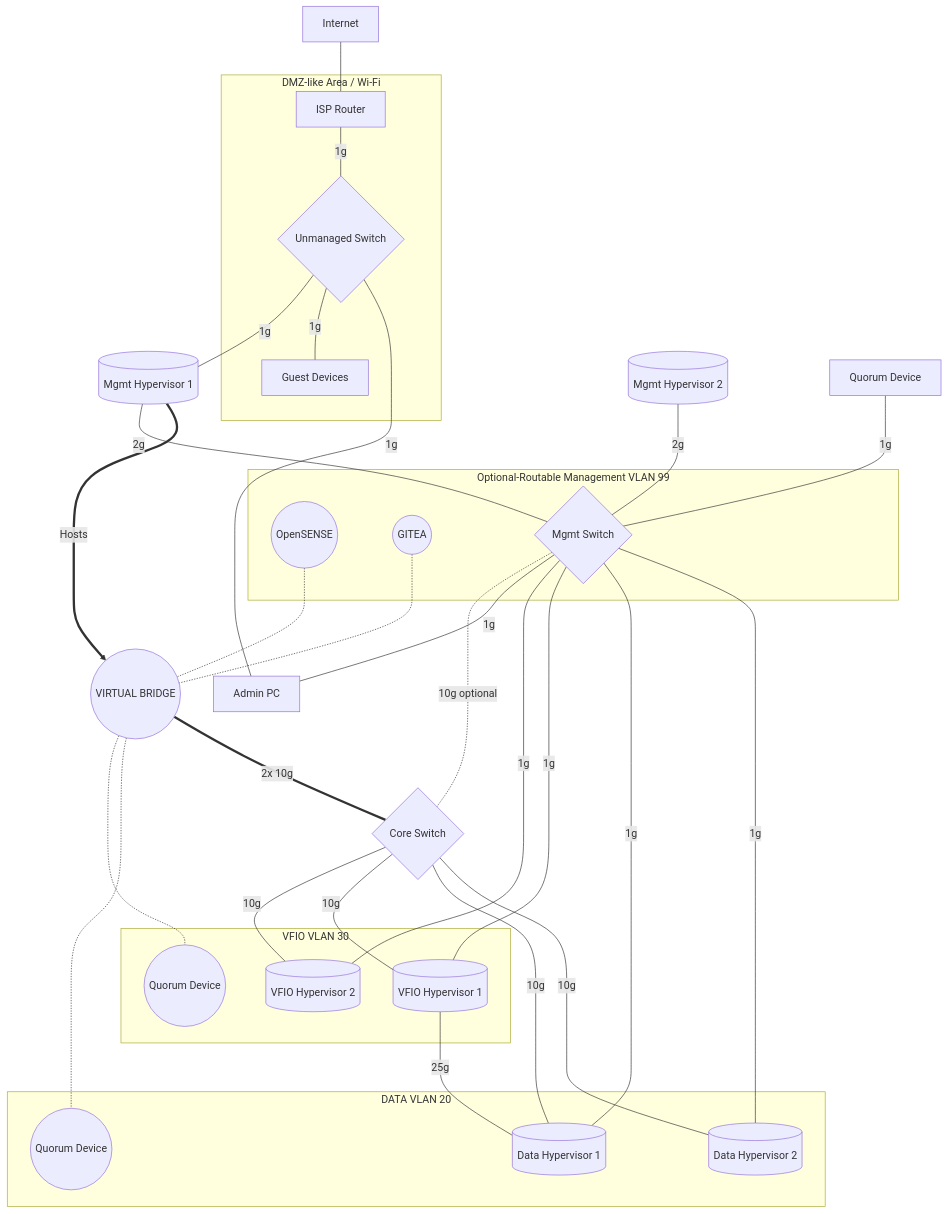
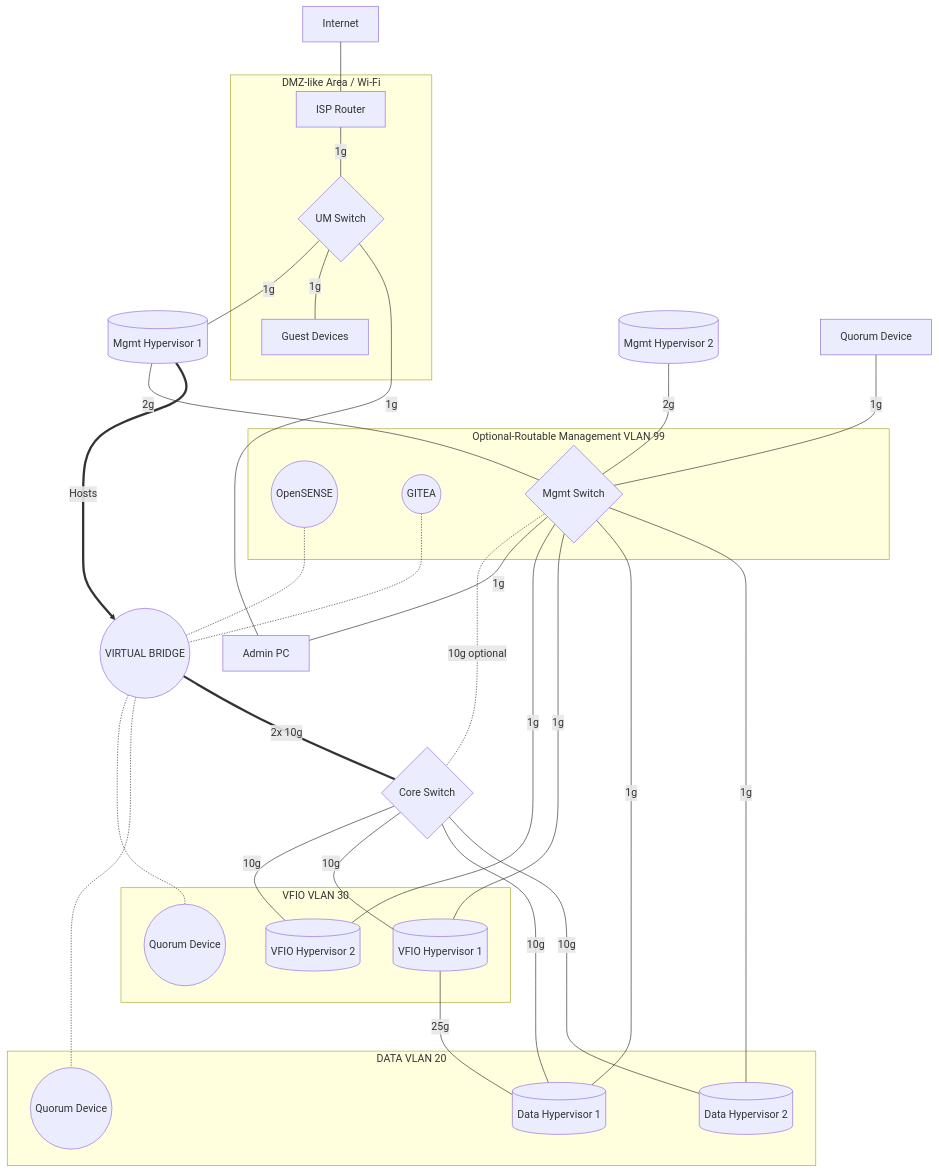
Before and after one commit to woeiru/lab: the diagram in arc/net1.md, drawn with Mermaid.

Commit message:
standard

````diff
--- a/arc/net1.md
+++ b/arc/net1.md
@@ -3,48 +3,48 @@
 ```mermaid
 graph TD
     INT[Internet] --- ISPR[ISP Router]
     ISPR ---|1g| US
-    US{Unmanaged Switch} ---|1g| MH1
+    US{UM Switch} ---|1g| MH1
     OPN((OpenSENSE)) -.- VB((VIRTUAL BRIDGE))
     GIT((GITEA)) -.- VB
     VB -.- QDV((Quorum Device))
     VB -.- QDD((Quorum Device))
     VB ===|2x 10g| CS{Core Switch}
     MH1[(Mgmt Hypervisor 1)] ---|2g| MS{Mgmt Switch}
     MH2[(Mgmt Hypervisor 2)] ---|2g| MS
     QDM[Quorum Device] ---|1g| MS
     MS -.-|10g optional| CS
     MS ---|1g| APC[Admin PC]
     APC ---|1g| US
     MH1 ==>|Hosts| VB
     CS ---|10g| VH2[(VFIO Hypervisor 2)]
     MS ---|1g| VH2
     US ---|1g| GD[Guest Devices]
     CS ---|10g| VH1[(VFIO Hypervisor 1)]
     MS ---|1g| VH1
     CS ---|10g| DH1[(Data Hypervisor 1)]
     MS ---|1g| DH1
     CS ---|10g| DH2[(Data Hypervisor 2)]
     MS ---|1g| DH2
     VH1 ---|25g| DH1
     subgraph VLAN20 [DATA VLAN 20]
         DH1
         DH2
         QDD
     end
     subgraph VLAN30 [VFIO VLAN 30]
         VH1
         VH2
         QDV
     end
     subgraph VLAN99 [Optional-Routable Management VLAN 99]
         MS
         OPN
         GIT
     end
     subgraph DMZ [DMZ-like Area / Wi-Fi]
         ISPR
         GD
         US
     end
 ```
````
